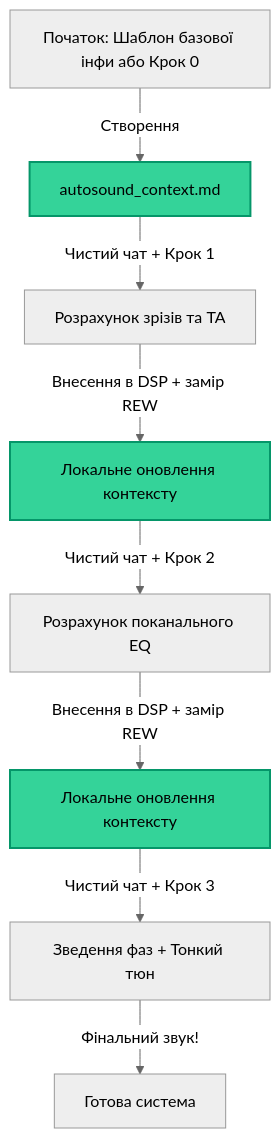
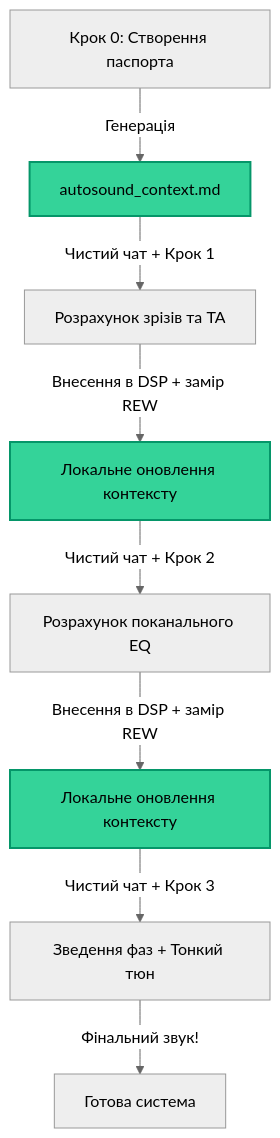
One commit to ayukhno/autosound-tuning-skill changed the diagram in manual_step-by-step/README.md. Above: the diagram before and after it, drawn with Mermaid (neutral theme). The commit also changed other lines of this file and 5 other files, not shown here.

Commit message:
docs: implement unified general_system_instructions.md architecture and simplify step prompts

````diff
--- a/manual_step-by-step/README.md
+++ b/manual_step-by-step/README.md
@@ -23,14 +25,14 @@
 ```mermaid
 graph TD
-    A[Початок: Шаблон базової інфи або Крок 0] -->|Створення| B[autosound_context.md]
+    A[Крок 0: Створення паспорта] -->|Генерація| B[autosound_context.md]
     B -->|Чистий чат + Крок 1| C[Розрахунок зрізів та TA]
     C -->|Внесення в DSP + замір REW| D[Локальне оновлення контексту]
     D -->|Чистий чат + Крок 2| E[Розрахунок поканального EQ]
     E -->|Внесення в DSP + замір REW| F[Локальне оновлення контексту]
     F -->|Чистий чат + Крок 3| G[Зведення фаз + Тонкий тюн]
     G -->|Фінальний звук!| H[Готова система]
     
     style B fill:#34d399,stroke:#059669,stroke-width:2px
     style D fill:#34d399,stroke:#059669,stroke-width:2px
     style F fill:#34d399,stroke:#059669,stroke-width:2px
 ```
````
